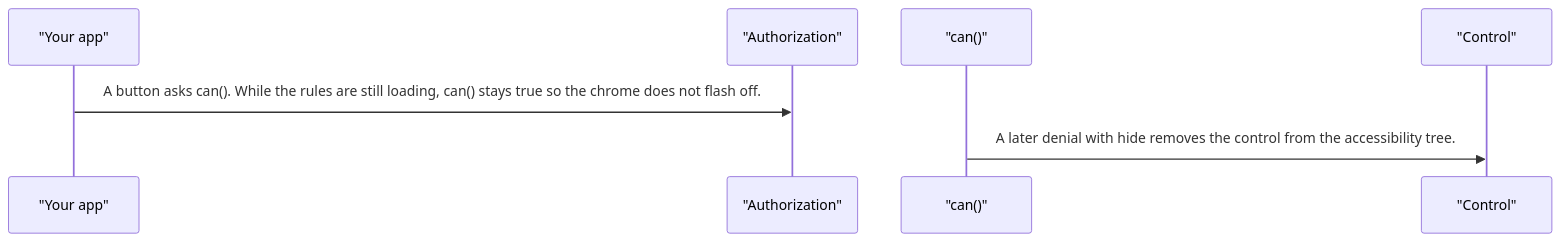
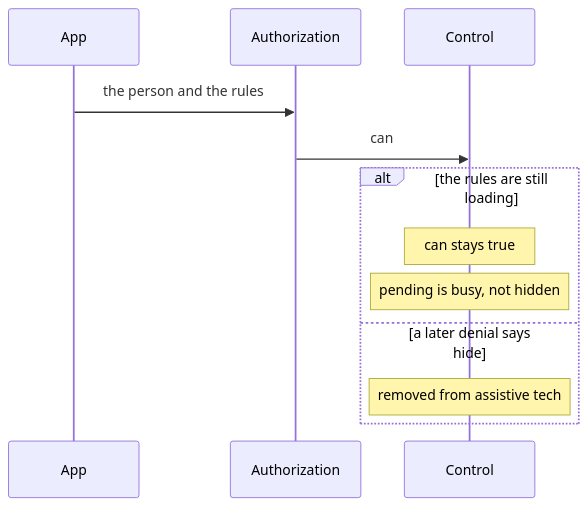
One commit to RajshekharBorate/pixel-ui changed the second of 5 diagrams in projects/pixel-ui/src/lib/services/authorization/DESIGN.md. Above: the diagram before and after it, drawn with Mermaid. The commit also changed other lines of this file and 73 other files, not shown here.

Commit message:
Explain who owns each value and what each flow does in every component and service design.

````diff
--- a/projects/pixel-ui/src/lib/services/authorization/DESIGN.md
+++ b/projects/pixel-ui/src/lib/services/authorization/DESIGN.md
@@ -62,9 +84,14 @@
 ```mermaid
 sequenceDiagram
-  participant app as "Your app"
-  participant auth as "Authorization"
-  participant chrome as "can()"
-  participant control as "Control"
-  app->>auth: A button asks can(). While the rules are still loading, can() stays true so the chrome does not flash off.
-  chrome->>control: A later denial with hide removes the control from the accessibility tree.
+  participant App
+  participant Auth as Authorization
+  participant Control
+  App->>Auth: the person and the rules
+  Auth->>Control: can
+  alt the rules are still loading
+    Note over Control: can stays true
+    Note over Control: pending is busy, not hidden
+  else a later denial says hide
+    Note over Control: removed from assistive tech
+  end
 ```
````
